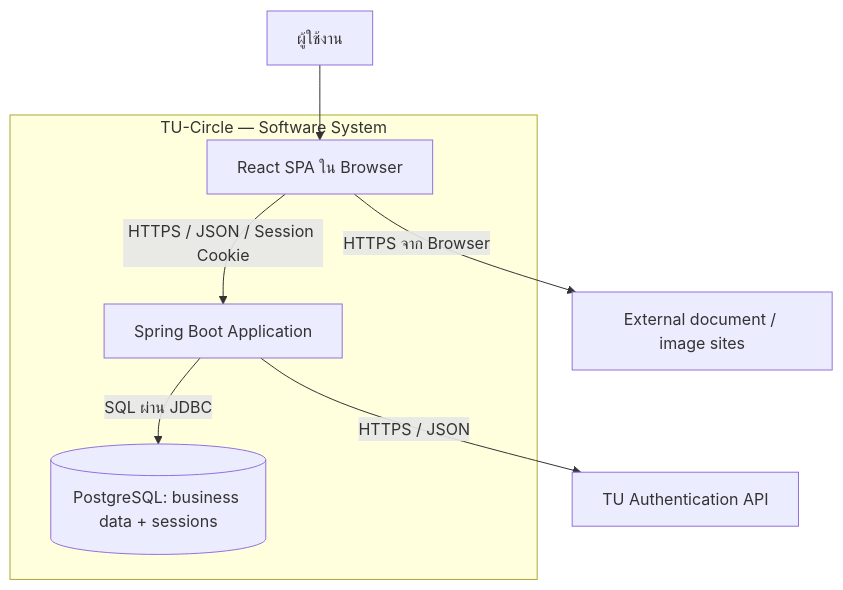
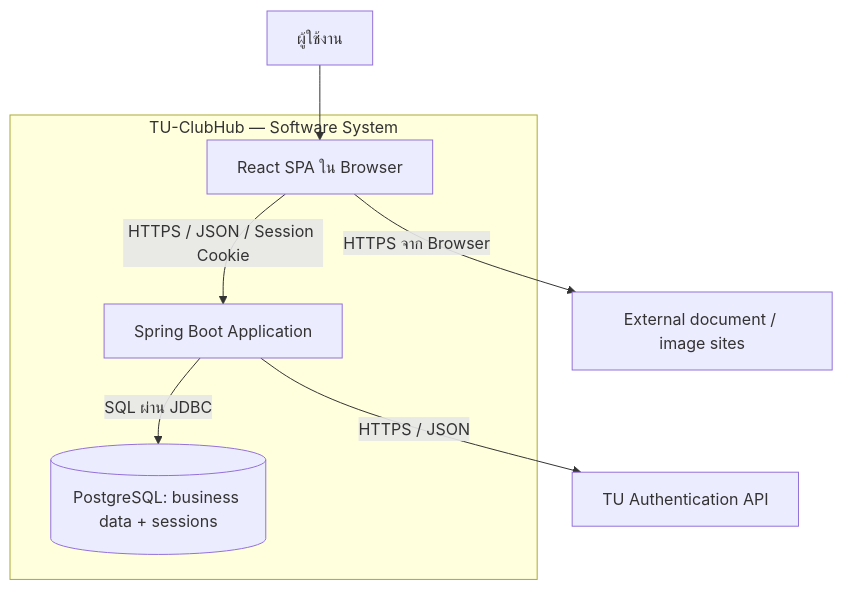
The second of 6 diagrams in docs/architecture/system-architecture.md (chanitnan0jr/TU_ClubHub_CS261), drawn with Mermaid before and after one commit. The commit also changed other lines of this file and 6 other files, not shown here.

Commit message:
docs(repo): rename project to TU-ClubHub

````diff
--- a/docs/architecture/system-architecture.md
+++ b/docs/architecture/system-architecture.md
@@ -58,10 +58,10 @@
 ```mermaid
 flowchart TB
   user["ผู้ใช้งาน"] --> web["React SPA ใน Browser"]
-  subgraph system["TU-Circle — Software System"]
+  subgraph system["TU-ClubHub — Software System"]
     web -->|"HTTPS / JSON / Session Cookie"| api["Spring Boot Application"]
     api -->|"SQL ผ่าน JDBC"| db[("PostgreSQL: business data + sessions")]
   end
   api -->|"HTTPS / JSON"| tu["TU Authentication API"]
   web -->|"HTTPS จาก Browser"| external["External document / image sites"]
 ```
````
